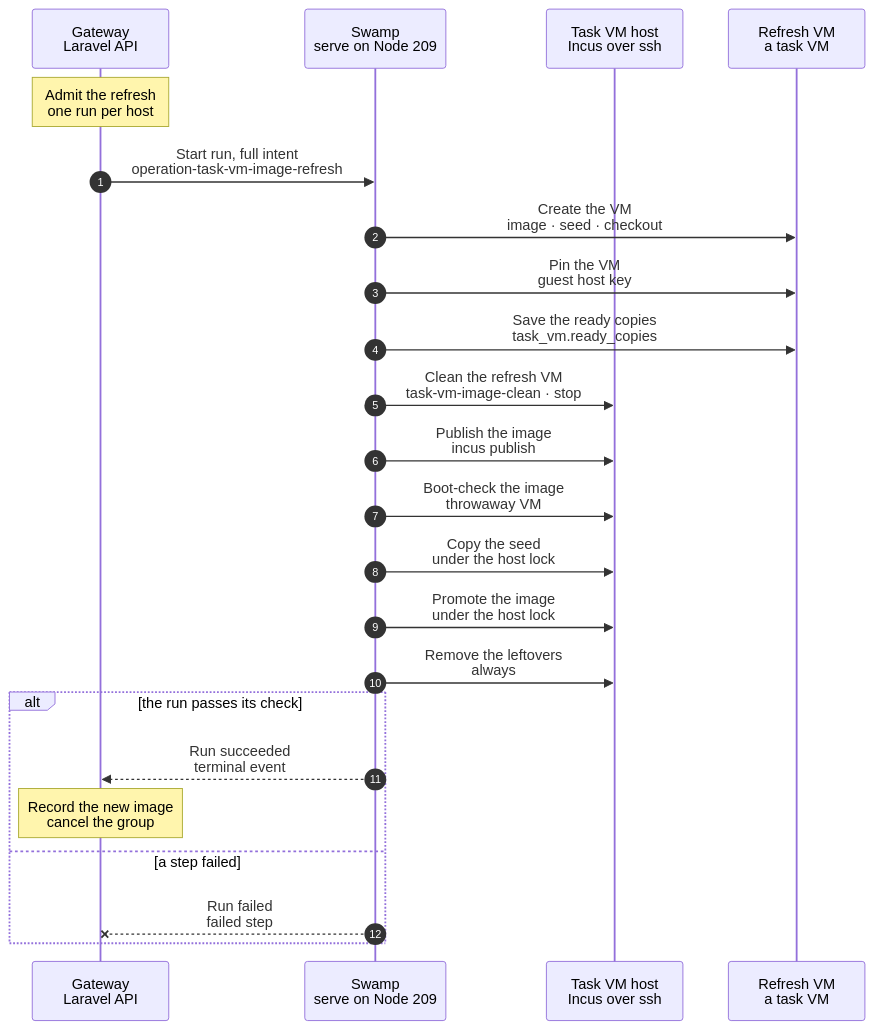
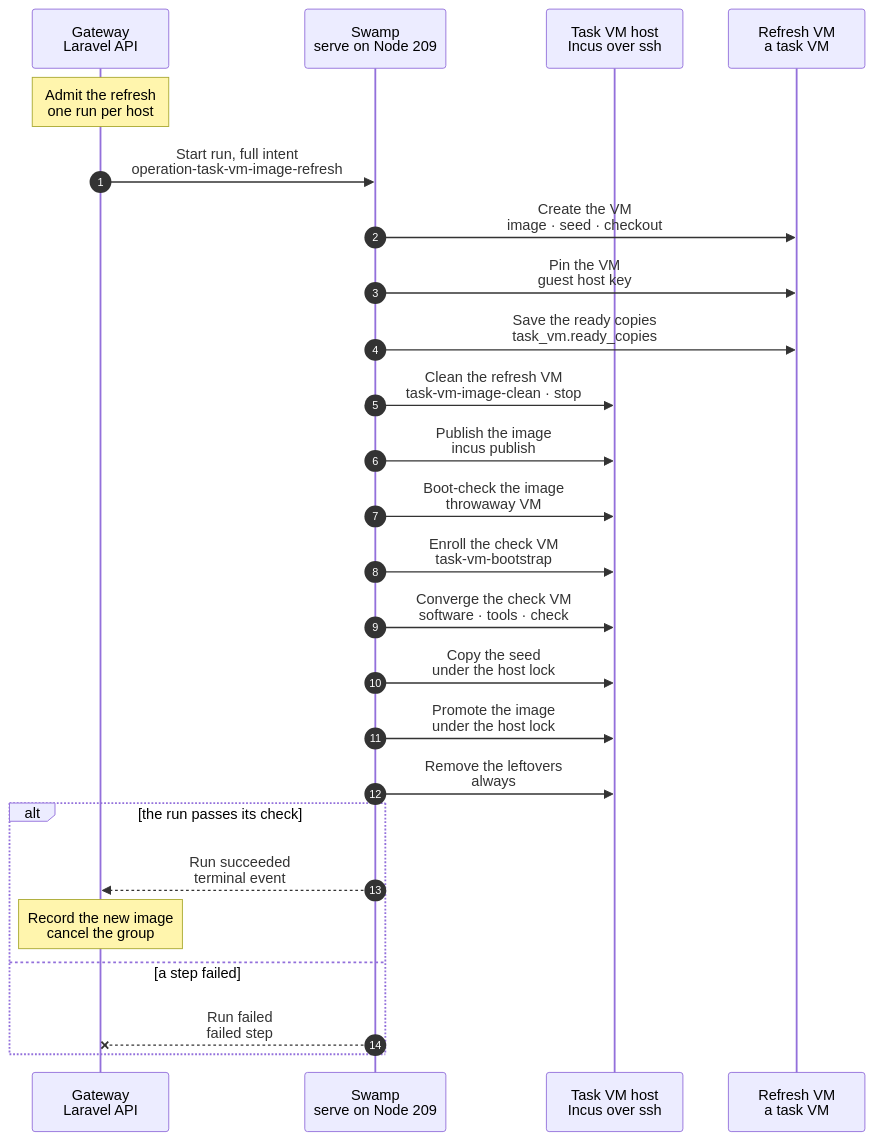
One commit to hardimpactdev/orbit changed the diagram in docs/cli/tasks/vm-image-refresh.mmd. Above: the diagram before and after it, drawn with Mermaid. The commit also changed 2 other files, not shown here.

Commit message:
docs(pipeline): enroll and converge a check VM before the refresh promotes

```diff
--- a/docs/cli/tasks/vm-image-refresh.mmd
+++ b/docs/cli/tasks/vm-image-refresh.mmd
@@ -1,61 +1,67 @@
 sequenceDiagram
   %% Target design: the run that refreshes the task image and the topology seed of one task VM host (stage 6, docs/reference/pipeline/6-task-image-seed-refresh.mmd). It is the per-host part of that chart, as built.
   %% status: draft
   %% command: none · task-vms:refresh-image on the Gateway host
   %% kind: task_vm.image_refresh
   autonumber
   %% lane GW icon=gateway pill=intent tone=blue
   %% lane SW icon=workflow pill=executes tone=green
   %% lane H icon=server pill=target tone=amber
   %% lane VM icon=server pill=refresh VM tone=purple
   participant GW as Gateway<br/>Laravel API
   participant SW as Swamp<br/>serve on Node 209
   participant H as Task VM host<br/>Incus over ssh
   participant VM as Refresh VM<br/>a task VM
   Note over GW: Admit the refresh<br/>one run per host
   %%> Started by:
   %%> - the release projection, when the release that went live changed playbooks, pins or lock files; a daily Gateway schedule; and the operator commands `php artisan task-vms:refresh-image HOST` and `task-vms:refresh-images`
   %%> Requirements:
   %%> - an active, configured task VM host with a promoted image and no image build running, and a Gateway release with a commit
   %%> Result:
   %%> - a group of its own in the proof Project, placed on this host only, and the full intent recorded; a second admission for the host returns the open run
   GW->>SW: Start run, full intent<br/>operation-task-vm-image-refresh
   SW->>VM: Create the VM<br/>image · seed · checkout
   %%> What it does:
   %%> - the child `operation-task-provision`: a task VM from the image the host promoted last, with a clone of its seed, the checkout of the release commit, the converge of the outer VM and the nested fleet from the ready copies
   SW->>VM: Pin the VM<br/>guest host key
   %%> What it does:
   %%> - fills the host key the VM step observed into the ready copies intent
   SW->>VM: Save the ready copies<br/>task_vm.ready_copies
   %%> What it does:
   %%> - the child `operation-task-vm-ready-copies`: key-free, self-contained copies in the seed disk, boot-checked
   SW->>H: Clean the refresh VM<br/>task-vm-image-clean · stop
   %%> What it does:
   %%> - the child `task-vm-image-clean` through `incus exec`, which the image build calls too for its builder: removes the nested guests and network, the WireGuard key, the observer identity and secret, the Pi token, the model key, the Club key and the checkout
   %%> - resets cloud-init, the machine-id and the SSH host keys, trims the disk and stops the VM
   SW->>H: Publish the image<br/>incus publish
   %%> What it does:
   %%> - publishes the stopped VM under a candidate alias and reads its fingerprint
   SW->>H: Boot-check the image<br/>throwaway VM
   %%> What it does:
   %%> - the child `task-vm-image-smoke`, as in the image build: a throwaway VM from the candidate and the check phase of the task VM role on it
+  SW->>H: Enroll the check VM<br/>task-vm-bootstrap
+  %%> What it does:
+  %%> - the child `task-vm-bootstrap` on the throwaway VM of the boot check: the account, the key, the sudoers file and the observer install with their checks, the same steps as an enrollment
+  SW->>H: Converge the check VM<br/>software · tools · check
+  %%> What it does:
+  %%> - the child `task-vm-image-ansible` with the phases of a provision converge on the same VM; the promotion waits for this step and the one before
   SW->>H: Copy the seed<br/>under the host lock
   %%> What it does:
   %%> - copies the seed disk of the refresh VM to the seed name of the new fingerprint, then `zfs promote` so refreshes form no clone chain
   SW->>H: Promote the image<br/>under the host lock
   %%> What it does:
   %%> - the child `task-vm-image-promote`, as in the image build: the alias moves to the new image and the old image keeps the alias `-previous`; the old seed stays under its own name
   SW->>H: Remove the leftovers<br/>always
   %%> What it does:
   %%> - removes the check VM; when the alias does not point at the new image, also the candidate image and the new seed
   alt the run passes its check
     SW-->>GW: Run succeeded<br/>terminal event
     Note over GW: Record the new image<br/>cancel the group
     %%> Result:
     %%> - the new image is the host's latest promoted build, with the recipe identity of the release
     %%> - the cancel of the group destroys the refresh VM
   else a step failed
     SW--xGW: Run failed<br/>failed step
     %%> On failure:
     %%> - the host keeps the image and the seed it had; the group is cancelled and the refresh VM destroyed
   end
```
